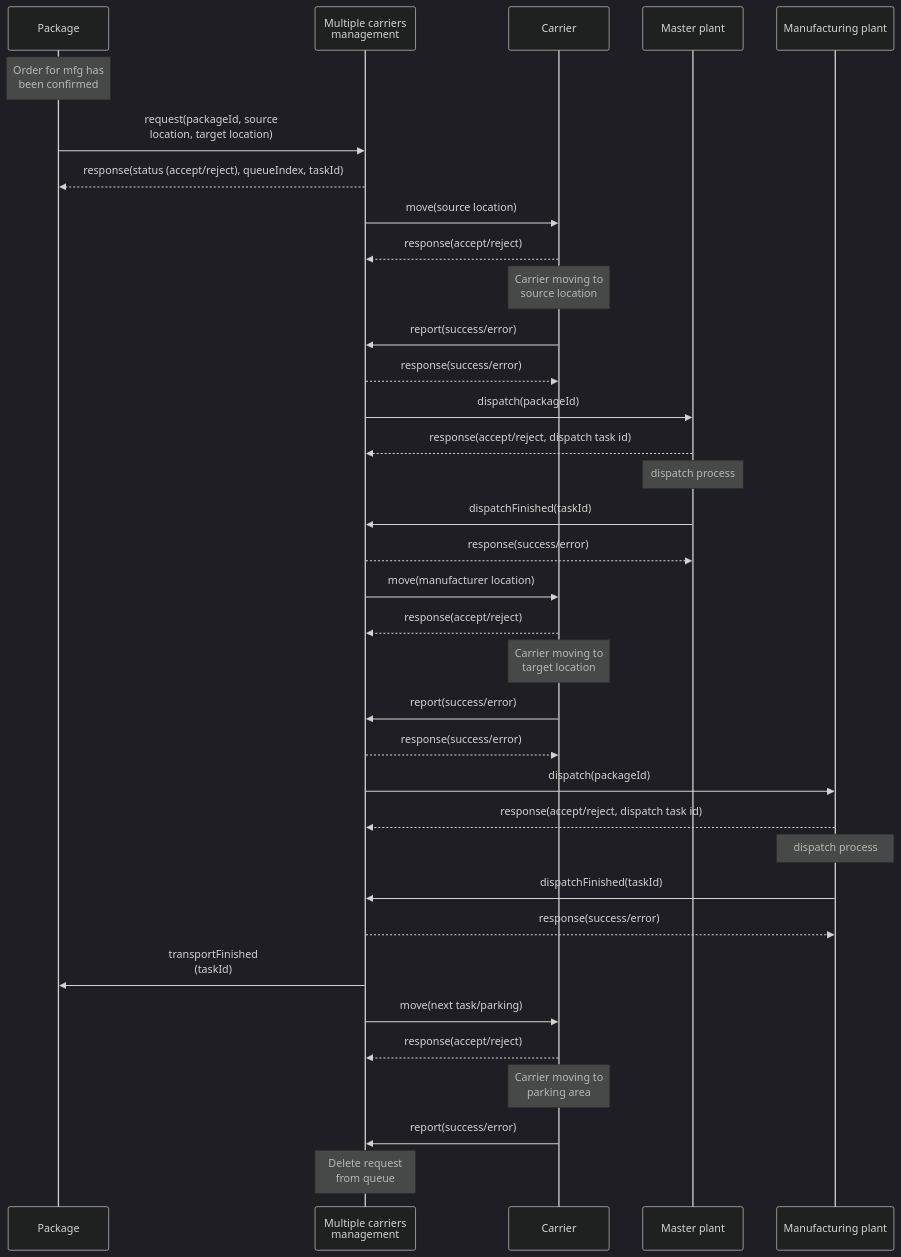
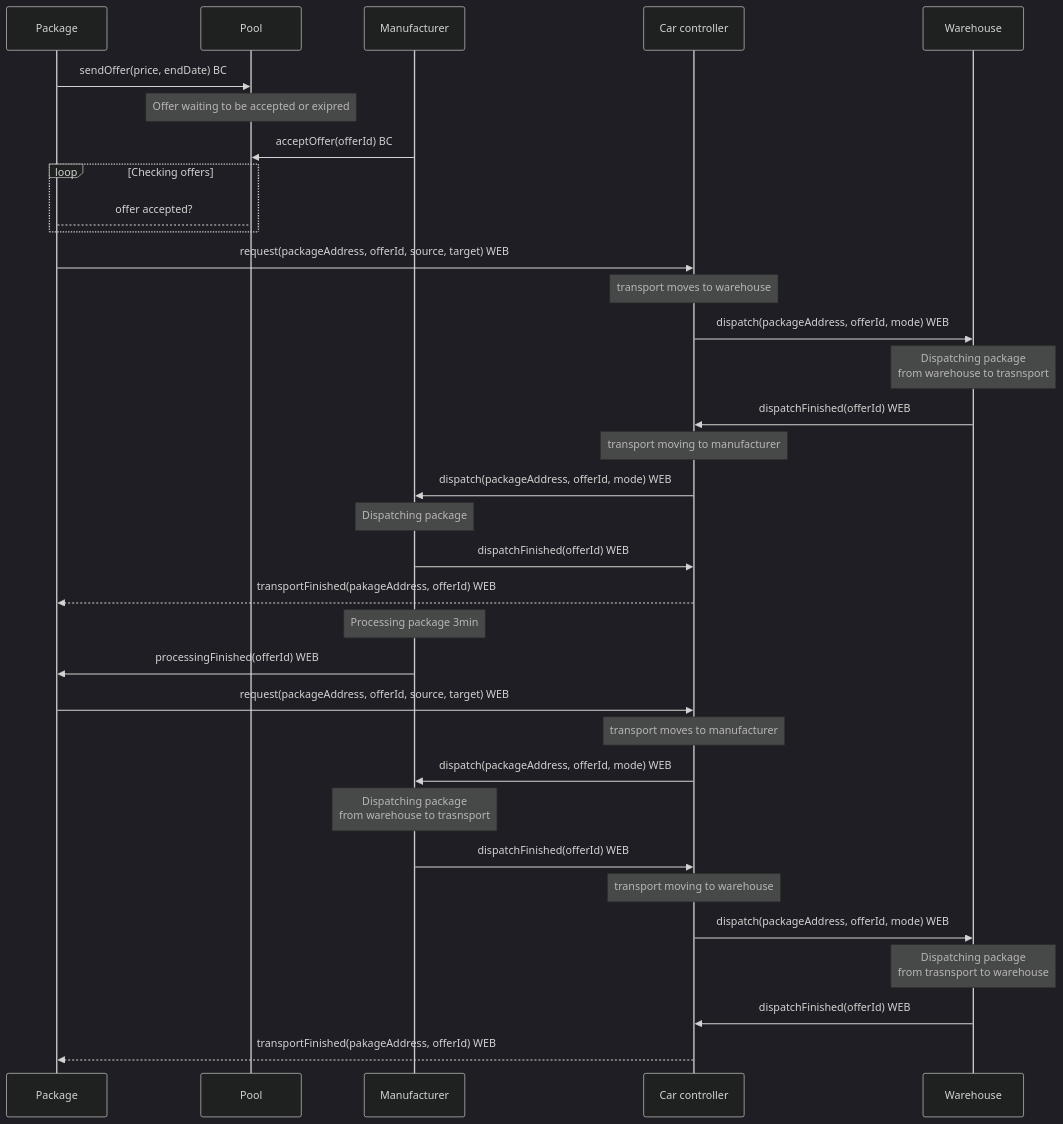
One commit to fsprojekti/shr-mfg-platform changed the second of 2 diagrams in README.md. Above: the diagram before and after it, drawn with Mermaid (dark theme).

````diff
--- a/README.md
+++ b/README.md
@@ -61,43 +61,52 @@
 ```mermaid
 
 sequenceDiagram
-participant P as Package
-Note over P: Order for mfg has<br> been confirmed
-participant MC as Multiple carriers <br>management
-participant C as Carrier
-participant M as Master plant 
-participant MFG as Manufacturing plant 
+participant A as Package
+participant B as Pool
+participant C as Manufacturer
+participant D as Car controller
+participant E as Warehouse
+A->>B: sendOffer(price, endDate) BC
+note over B: Offer waiting to be accepted or exipred
+C->>B: acceptOffer(offerId) BC
+loop Checking offers
+    A-->B: offer accepted?
+end
+A->>D: request(packageAddress, offerId, source, target) WEB
+note over D: transport moves to warehouse
+D->>E:dispatch(packageAddress, offerId, mode) WEB
+note over E: Dispatching package <br>from warehouse to trasnsport
+E->>D: dispatchFinished(offerId) WEB
+note over D: transport moving to manufacturer
 
-P->>MC: request(packageId, source <br>location, target location)
-MC-->>P: response(status (accept/reject), queueIndex, taskId)
-MC->>C: move(source location)
-C-->>MC: response(accept/reject)
-Note over C: Carrier moving to <br>source location
-C->>MC: report(success/error)
-MC-->>C: response(success/error)
-MC->>M: dispatch(packageId)
-M-->>MC: response(accept/reject, dispatch task id)
-Note over M: dispatch process
-M->>MC: dispatchFinished(taskId)
-MC-->>M: response(success/error)
+D->>C:dispatch(packageAddress, offerId, mode) WEB
+note over C: Dispatching package
+C->>D: dispatchFinished(offerId) WEB
+D-->>A: transportFinished(pakageAddress, offerId) WEB
+note over C: Processing package 3min
+C->>A: processingFinished(offerId) WEB
+A->>D: request(packageAddress, offerId, source, target) WEB
+note over D: transport moves to manufacturer
 
-MC->>C: move(manufacturer location)
-C-->>MC: response(accept/reject)
-Note over C: Carrier moving to <br>target location
-C->>MC: report(success/error)
-MC-->>C: response(success/error)
-MC->>MFG: dispatch(packageId)
-MFG-->>MC: response(accept/reject, dispatch task id)
-Note over MFG: dispatch process
-MFG->>MC: dispatchFinished(taskId)
-MC-->>MFG: response(success/error)
-MC->>P: transportFinished <br>(taskId)
+D->>C:dispatch(packageAddress, offerId, mode) WEB
+note over C: Dispatching package <br>from warehouse to trasnsport
+C->>D: dispatchFinished(offerId) WEB
+note over D: transport moving to warehouse
 
-MC->>C: move(next task/parking)
-C-->>MC: response(accept/reject)
-Note over C: Carrier moving to <br>parking area
-C->>MC: report(success/error)
-Note over MC: Delete request<br>from queue
+D->>E:dispatch(packageAddress, offerId, mode) WEB
+note over E: Dispatching package <br>from trasnsport to warehouse
+E->>D: dispatchFinished(offerId) WEB
+
+
+
+D-->>A: transportFinished(pakageAddress, offerId) WEB
+
+
+
+
+
+
+
 
 
 ```
````
